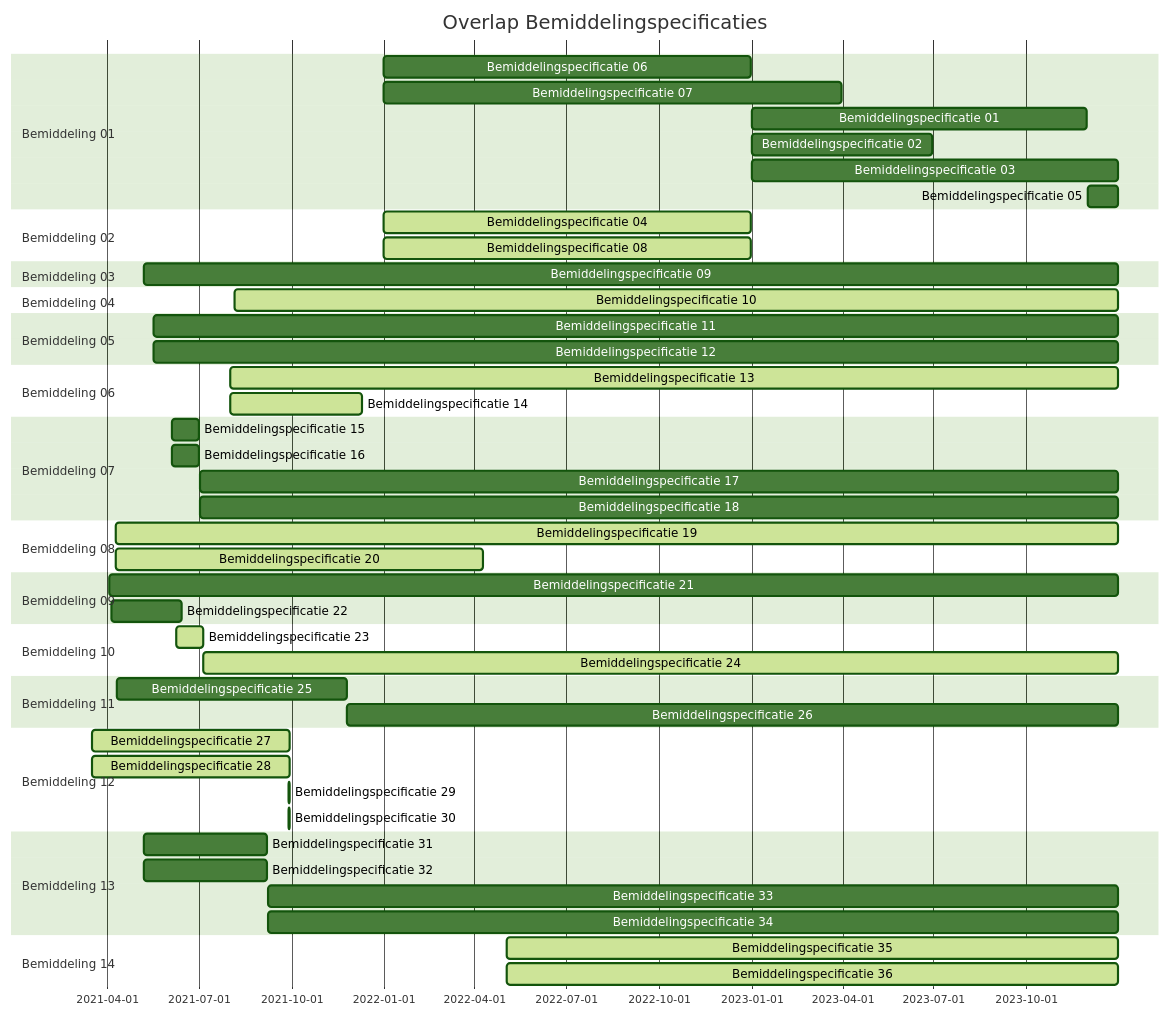
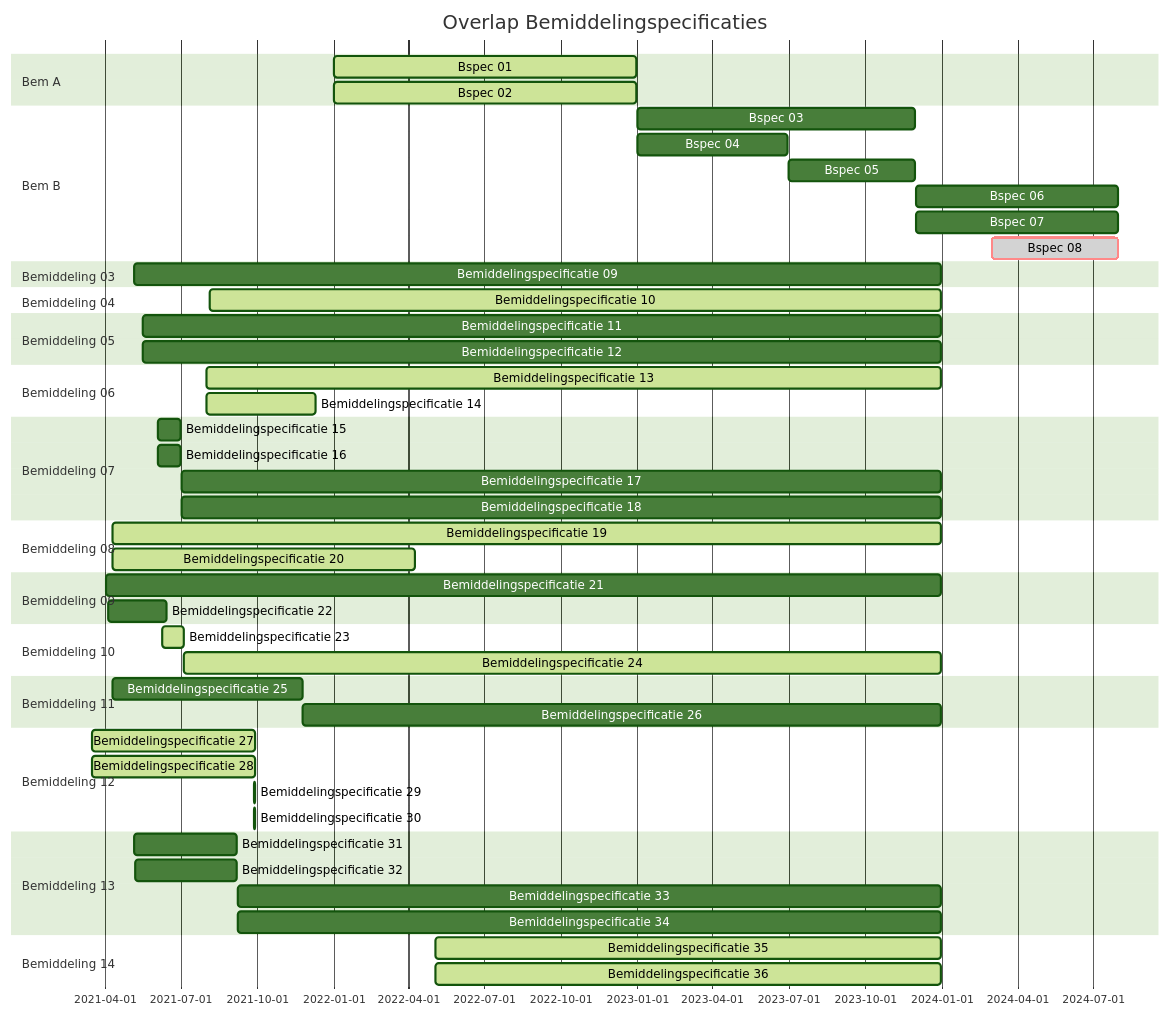
One commit to rvanrest/local_graphql_BR changed the diagram in beschikbare_data.md. Above: the diagram before and after it, drawn with Mermaid. The commit also changed other lines of this file and 2 other files, not shown here.

````diff
--- a/beschikbare_data.md
+++ b/beschikbare_data.md
@@ -68,62 +68,62 @@
 ```mermaid
 ---
 config:
   theme: forest
 ---
 gantt
     title Overlap Bemiddelingspecificaties
     dateFormat  YYYY-MM-DD
     axisFormat %Y-%m-%d
     tickInterval 3month
 
-section Bemiddeling 01  
-  Bemiddelingspecificatie 06 :2022-01-01,364d
-  Bemiddelingspecificatie 07 :2022-01-01,454d
-  Bemiddelingspecificatie 01 :2023-01-01,333d
-  Bemiddelingspecificatie 02 :2023-01-01,180d
-  Bemiddelingspecificatie 03 :2023-01-01,364d
-  Bemiddelingspecificatie 05 :2023-12-01,30d
-section Bemiddeling 02  
-  Bemiddelingspecificatie 04 :active, 2022-01-01,364d
-  Bemiddelingspecificatie 08 :active, 2022-01-01,364d
+section Bem A	
+Bspec 01 :active, 2022-01-01,364d
+Bspec 02 :active, 2022-01-01,364d
+section Bem B	
+Bspec 03: 2023-01-01,333d
+Bspec 04: 2023-01-01,180d
+Bspec 05: 2023-07-01,152d
+Bspec 06: 2023-12-01,243d
+Bspec 07: 2023-12-01,243d
+Bspec 08: crit, done, 2024-03-01,152d
 section Bemiddeling 03  
   Bemiddelingspecificatie 09 :2021-05-07,968d
 section Bemiddeling 04  
   Bemiddelingspecificatie 10 :active, 2021-08-06,877d
 section Bemiddeling 05  
   Bemiddelingspecificatie 11 :2021-05-17,958d
   Bemiddelingspecificatie 12 :2021-05-17,958d
 section Bemiddeling 06  
   Bemiddelingspecificatie 13 :active, 2021-08-01,882d
   Bemiddelingspecificatie 14 :active, 2021-08-01,131d
 section Bemiddeling 07  
   Bemiddelingspecificatie 15 :2021-06-04,27d
   Bemiddelingspecificatie 16 :2021-06-04,27d
   Bemiddelingspecificatie 17 :2021-07-02,912d
   Bemiddelingspecificatie 18 :2021-07-02,912d
 section Bemiddeling 08  
   Bemiddelingspecificatie 19 :active, 2021-04-10,995d
   Bemiddelingspecificatie 20 :active, 2021-04-10,364d
 section Bemiddeling 09  
   Bemiddelingspecificatie 21 :2021-04-03,1002d
   Bemiddelingspecificatie 22 :2021-04-05,70d
 section Bemiddeling 10  
   Bemiddelingspecificatie 23 :active, 2021-06-09,26d
   Bemiddelingspecificatie 24 :active, 2021-07-05,909d
 section Bemiddeling 11  
   Bemiddelingspecificatie 25 :2021-04-11,228d
   Bemiddelingspecificatie 26 :2021-11-25,766d
 section Bemiddeling 12  
   Bemiddelingspecificatie 27 :active, 2021-03-17,196d
   Bemiddelingspecificatie 28 :active, 2021-03-17,196d
   Bemiddelingspecificatie 29 :active, 2021-09-28,1d
   Bemiddelingspecificatie 30 :active, 2021-09-28,1d
 section Bemiddeling 13  
   Bemiddelingspecificatie 31 :2021-05-07,123d
   Bemiddelingspecificatie 32 :2021-05-08,122d
   Bemiddelingspecificatie 33 :2021-09-08,844d
   Bemiddelingspecificatie 34 :2021-09-08,844d
 section Bemiddeling 14  
   Bemiddelingspecificatie 35 :active, 2022-05-03, 607d
   Bemiddelingspecificatie 36 :active, 2022-05-03, 607d
 ```
````
